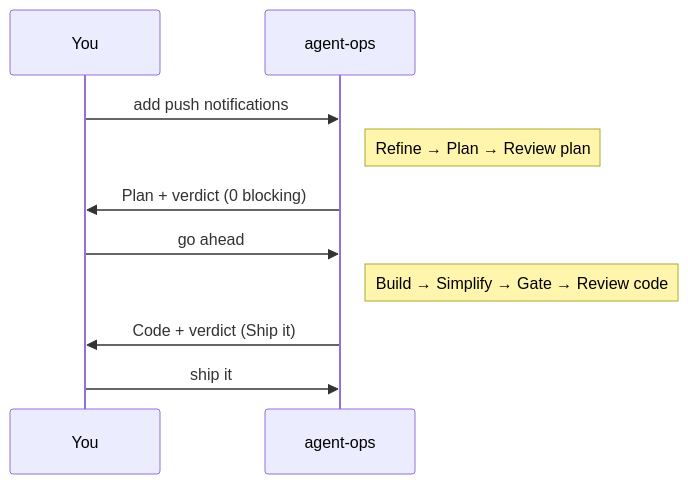
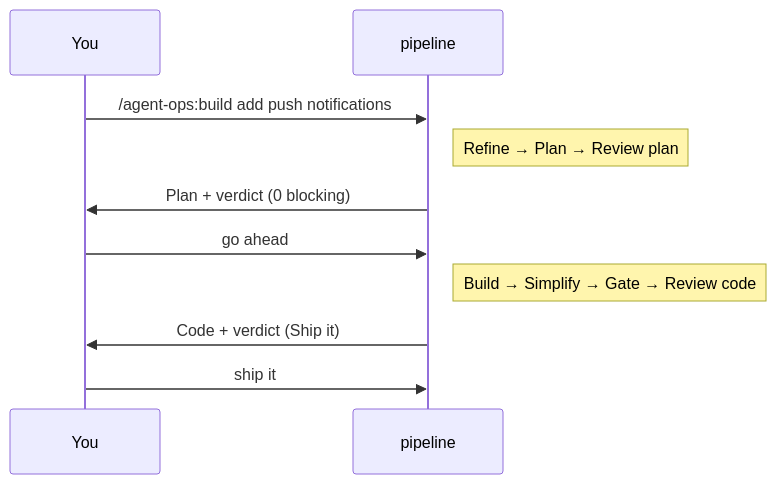
One commit to epzee/agent-ops changed the second of 3 diagrams in README.md. Above: the diagram before and after it, drawn with Mermaid. The commit also changed other lines of this file and 37 other files, not shown here.

````diff
--- a/README.md
+++ b/README.md
@@ -126,10 +131,10 @@
 ```mermaid
 sequenceDiagram
-    You->>agent-ops: add push notifications
-    Note right of agent-ops: Refine → Plan → Review plan
-    agent-ops->>You: Plan + verdict (0 blocking)
-    You->>agent-ops: go ahead
-    Note right of agent-ops: Build → Simplify → Gate → Review code
-    agent-ops->>You: Code + verdict (Ship it)
-    You->>agent-ops: ship it
+    You->>pipeline: /agent-ops:build add push notifications
+    Note right of pipeline: Refine → Plan → Review plan
+    pipeline->>You: Plan + verdict (0 blocking)
+    You->>pipeline: go ahead
+    Note right of pipeline: Build → Simplify → Gate → Review code
+    pipeline->>You: Code + verdict (Ship it)
+    You->>pipeline: ship it
 ```
````
